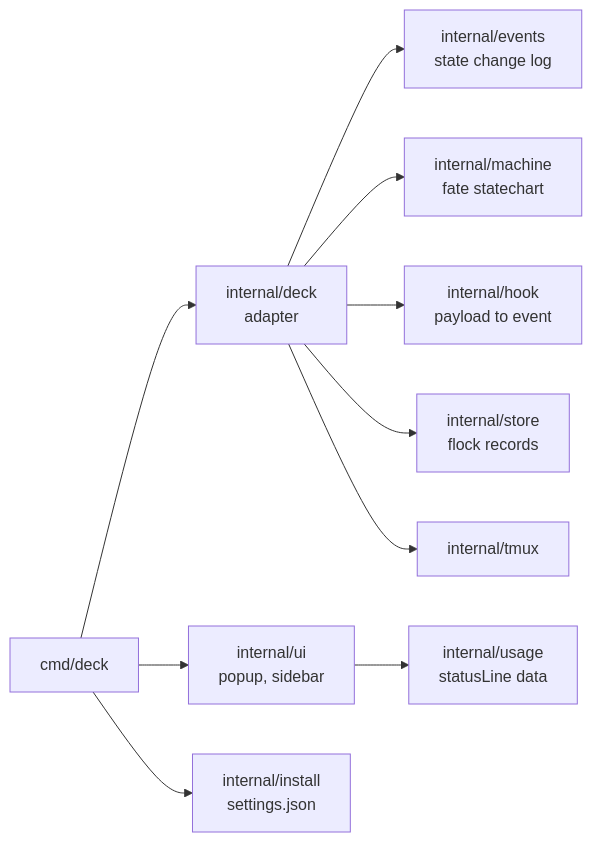
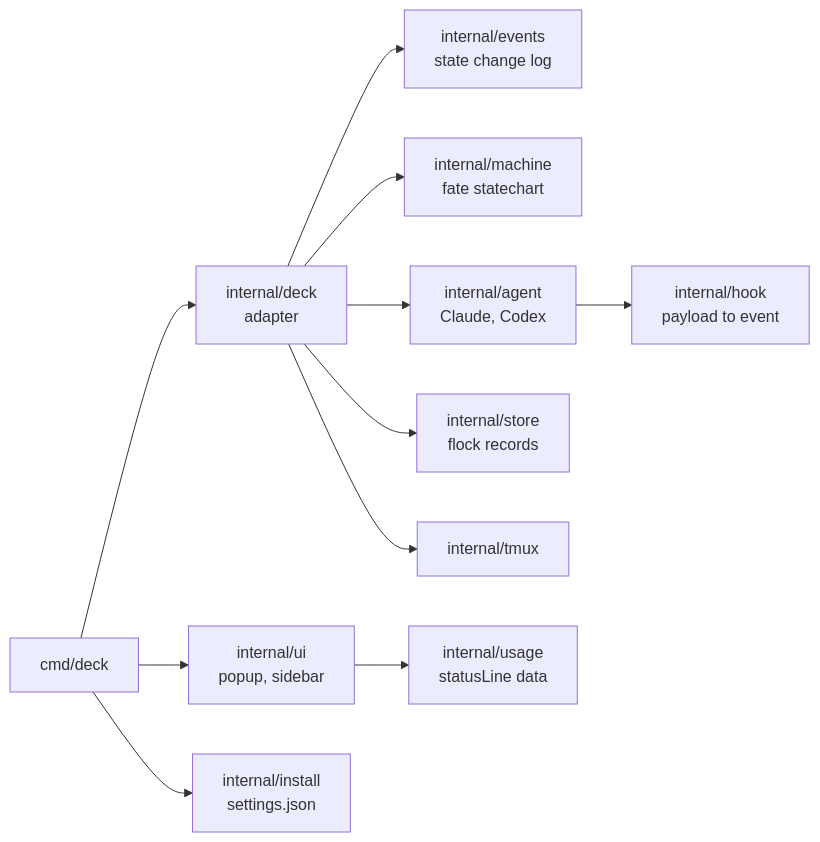
Before and after one commit to arisros/tmux-agent-deck: the fourth of 4 diagrams in README.md, drawn with Mermaid. The commit also changed other lines of this file and 22 other files, not shown here.

````diff
--- a/README.md
+++ b/README.md
@@ -214,12 +225,13 @@
 ```mermaid
 flowchart LR
   cmd[cmd/deck] --> deck[internal/deck<br/>adapter]
   cmd --> ui[internal/ui<br/>popup, sidebar]
   cmd --> install[internal/install<br/>settings.json]
   deck --> events[internal/events<br/>state change log]
   deck --> machine[internal/machine<br/>fate statechart]
-  deck --> hook[internal/hook<br/>payload to event]
+  deck --> agent[internal/agent<br/>Claude, Codex]
+  agent --> hook[internal/hook<br/>payload to event]
   deck --> store[internal/store<br/>flock records]
   deck --> tmux[internal/tmux]
   ui --> usage[internal/usage<br/>statusLine data]
 ```
````
